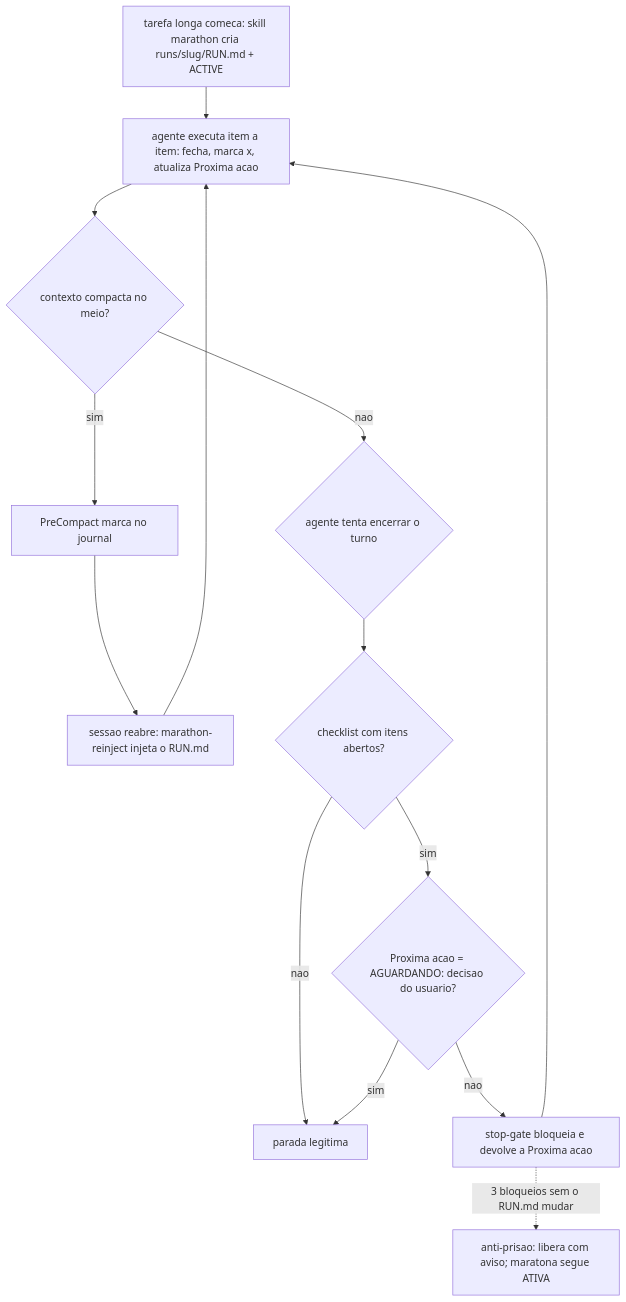
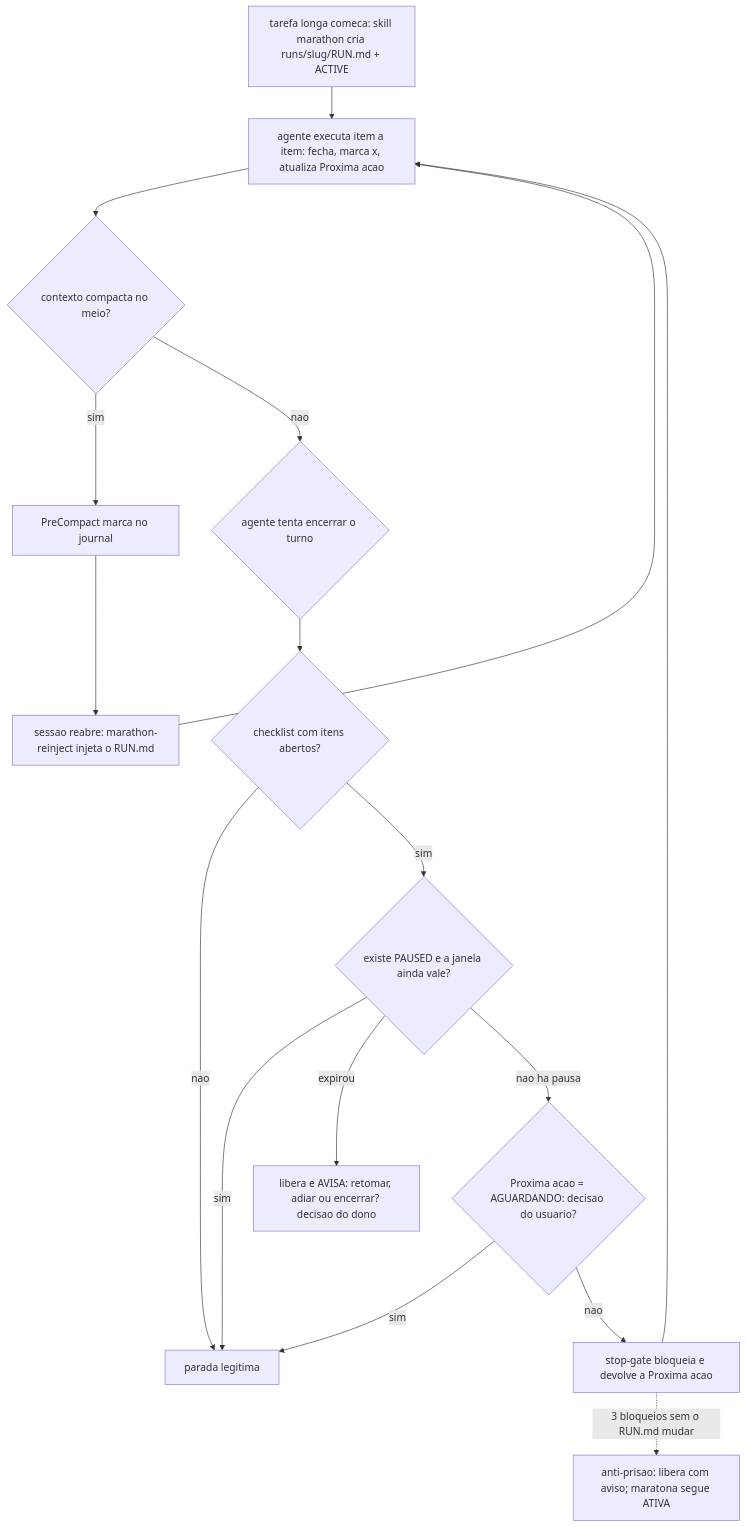
Before and after one commit to gutocarollo/orions-belt: the first of 2 diagrams in docs/manual/08-marathon-e-loops.md, drawn with Mermaid. The commit also changed other lines of this file and 15 other files, not shown here.

````diff
--- a/docs/manual/08-marathon-e-loops.md
+++ b/docs/manual/08-marathon-e-loops.md
@@ -24,16 +31,19 @@
 ```mermaid
 flowchart TD
     A["tarefa longa comeca: skill marathon cria runs/slug/RUN.md + ACTIVE"] --> B["agente executa item a item: fecha, marca x, atualiza Proxima acao"]
     B --> C{"contexto compacta no meio?"}
     C -- "sim" --> D["PreCompact marca no journal"]
     D --> E["sessao reabre: marathon-reinject injeta o RUN.md"]
     E --> B
     C -- "nao" --> F{"agente tenta encerrar o turno"}
     F --> G{"checklist com itens abertos?"}
     G -- "nao" --> H["parada legitima"]
-    G -- "sim" --> I{"Proxima acao = AGUARDANDO: decisao do usuario?"}
+    G -- "sim" --> P{"existe PAUSED e a janela ainda vale?"}
+    P -- "sim" --> H
+    P -- "expirou" --> Q["libera e AVISA: retomar, adiar ou encerrar? decisao do dono"]
+    P -- "nao ha pausa" --> I{"Proxima acao = AGUARDANDO: decisao do usuario?"}
     I -- "sim" --> H
     I -- "nao" --> J["stop-gate bloqueia e devolve a Proxima acao"]
     J --> B
     J -. "3 bloqueios sem o RUN.md mudar" .-> K["anti-prisao: libera com aviso; maratona segue ATIVA"]
 ```
````
